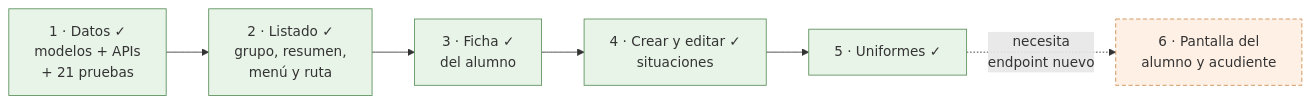
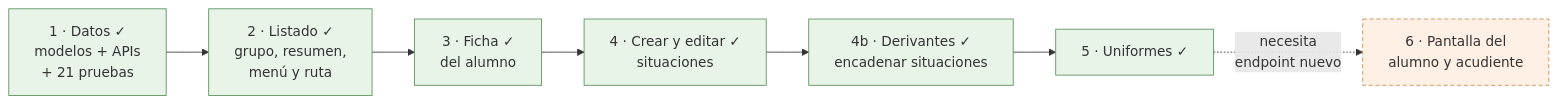
One commit to bluesky777/myvc_flutter changed the fifth of 5 diagrams in docs/disciplina.md. Above: the diagram before and after it, drawn with Mermaid. The commit also changed other lines of this file and 27 other files, not shown here.

````diff
--- a/docs/disciplina.md
+++ b/docs/disciplina.md
@@ -250,15 +282,17 @@
 ```mermaid
 flowchart LR
     F1["1 · Datos ✓<br/>modelos + APIs<br/>+ 21 pruebas"] --> F2["2 · Listado ✓<br/>grupo, resumen,<br/>menú y ruta"]
     F2 --> F3["3 · Ficha ✓<br/>del alumno"]
     F3 --> F4["4 · Crear y editar ✓<br/>situaciones"]
-    F4 --> F5["5 · Uniformes ✓"]
+    F4 --> F4b["4b · Derivantes ✓<br/>encadenar situaciones"]
+    F4b --> F5["5 · Uniformes ✓"]
     F5 -.->|"necesita<br/>endpoint nuevo"| F6["6 · Pantalla del<br/>alumno y acudiente"]
 
     style F1 fill:#e8f4e8,stroke:#5a8f5a
     style F2 fill:#e8f4e8,stroke:#5a8f5a
     style F3 fill:#e8f4e8,stroke:#5a8f5a
     style F4 fill:#e8f4e8,stroke:#5a8f5a
+    style F4b fill:#e8f4e8,stroke:#5a8f5a
     style F5 fill:#e8f4e8,stroke:#5a8f5a
     style F6 fill:#fff0e6,stroke:#c98a4b,stroke-dasharray: 5 3
 ```
````
